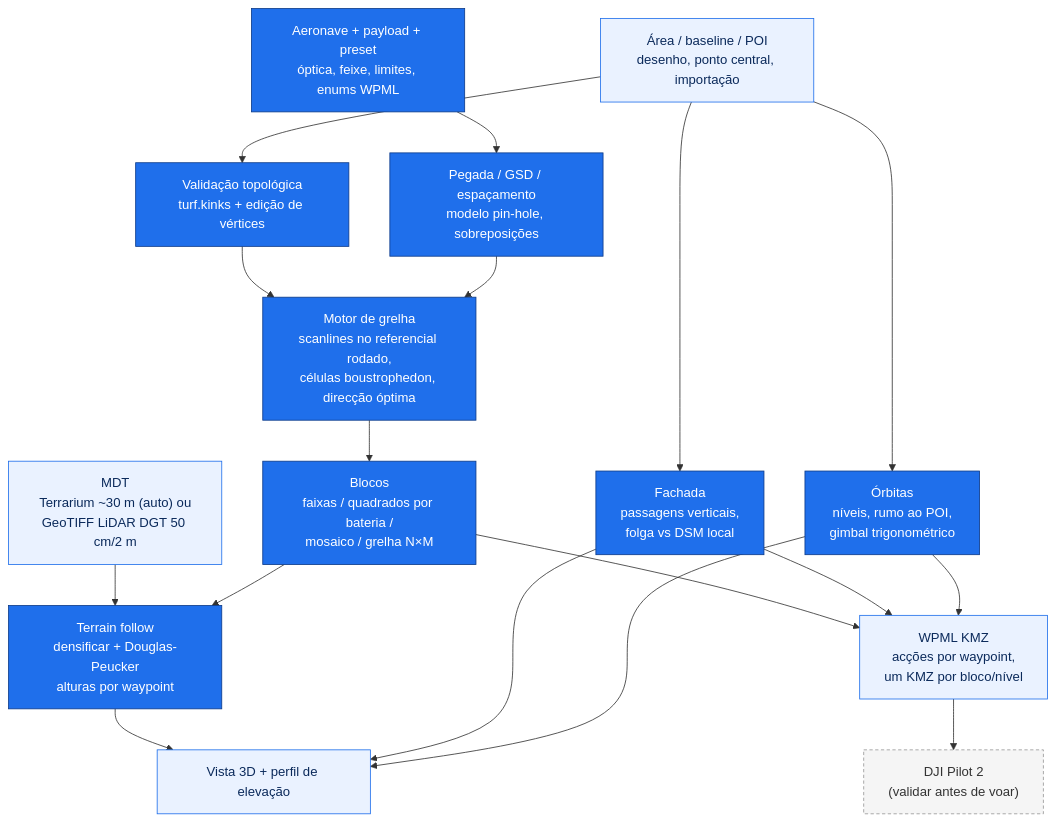
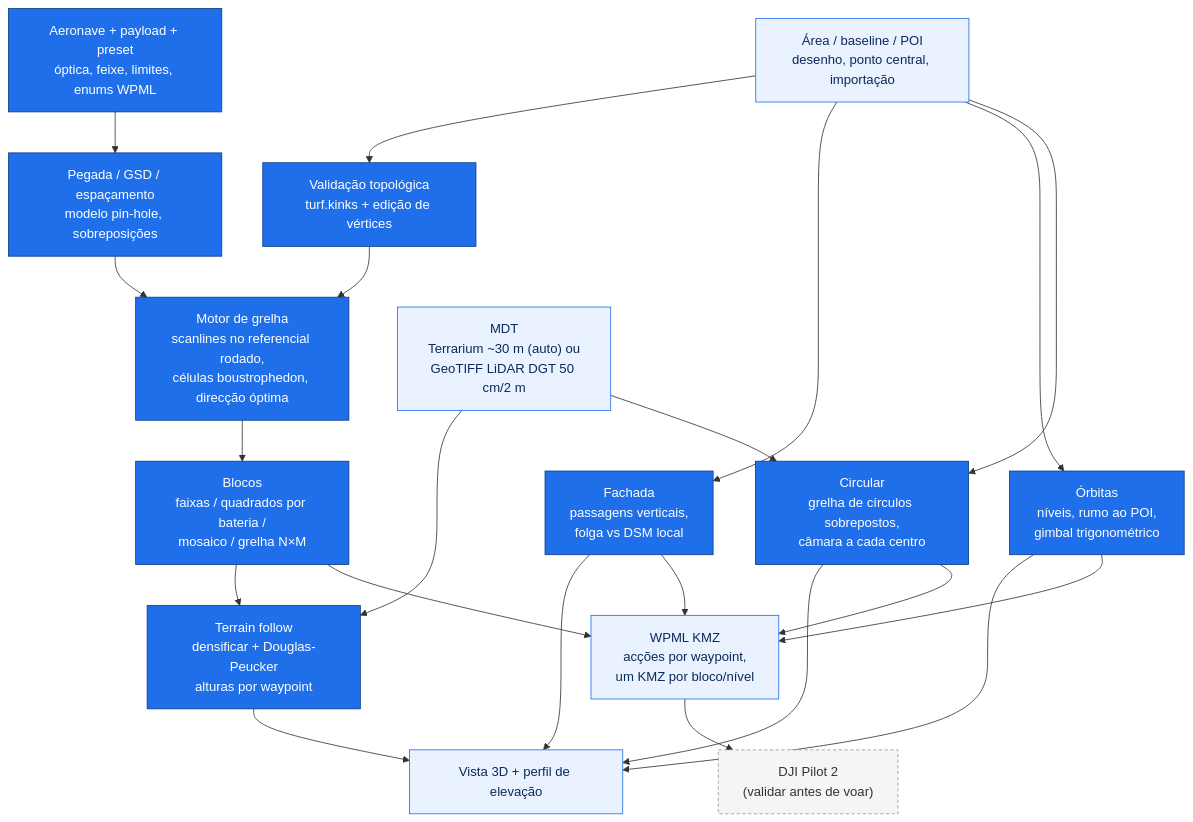
The diagram in README.pt.md (PedroMMGoncalves/dji-mission-planner), drawn with Mermaid before and after one commit. The commit also changed other lines of this file and 6 other files, not shown here.

````diff
--- a/README.pt.md
+++ b/README.pt.md
@@ -77,31 +77,36 @@
 ```mermaid
 flowchart TD
     P["Aeronave + payload + preset<br/>óptica, feixe, limites, enums WPML"]
     P --> C["Pegada / GSD / espaçamento<br/>modelo pin-hole, sobreposições"]
     A["Área / baseline / POI<br/>desenho, ponto central, importação"]
     A --> V["Validação topológica<br/>turf.kinks + edição de vértices"]
     V --> G["Motor de grelha<br/>scanlines no referencial rodado,<br/>células boustrophedon, direcção óptima"]
     C --> G
     G --> B["Blocos<br/>faixas / quadrados por bateria /<br/>mosaico / grelha N×M"]
     D["MDT<br/>Terrarium ~30 m (auto) ou<br/>GeoTIFF LiDAR DGT 50 cm/2 m"]
     D --> T["Terrain follow<br/>densificar + Douglas-Peucker<br/>alturas por waypoint"]
     B --> T
     FC["Fachada<br/>passagens verticais,<br/>folga vs DSM local"]
     OR["Órbitas<br/>níveis, rumo ao POI,<br/>gimbal trigonométrico"]
+    CI["Circular<br/>grelha de círculos sobrepostos,<br/>câmara a cada centro"]
     A --> FC
     A --> OR
+    A --> CI
+    D --> CI
     T --> O3["Vista 3D + perfil de elevação"]
     FC --> O3
     OR --> O3
+    CI --> O3
     B --> E2["WPML KMZ<br/>acções por waypoint,<br/>um KMZ por bloco/nível"]
     FC --> E2
     OR --> E2
+    CI --> E2
     E2 --> PILOT["DJI Pilot 2<br/>(validar antes de voar)"]
 
     classDef step fill:#1f6feb,stroke:#0d3b8a,color:#ffffff;
     classDef data fill:#eaf2ff,stroke:#1f6feb,color:#0b2a5b;
     classDef ext fill:#f5f5f5,stroke:#999999,color:#333333,stroke-dasharray:4 3;
-    class P,C,V,G,B,T,FC,OR step;
+    class P,C,V,G,B,T,FC,OR,CI step;
     class A,D,O3,E2 data;
     class PILOT ext;
 ```
````
